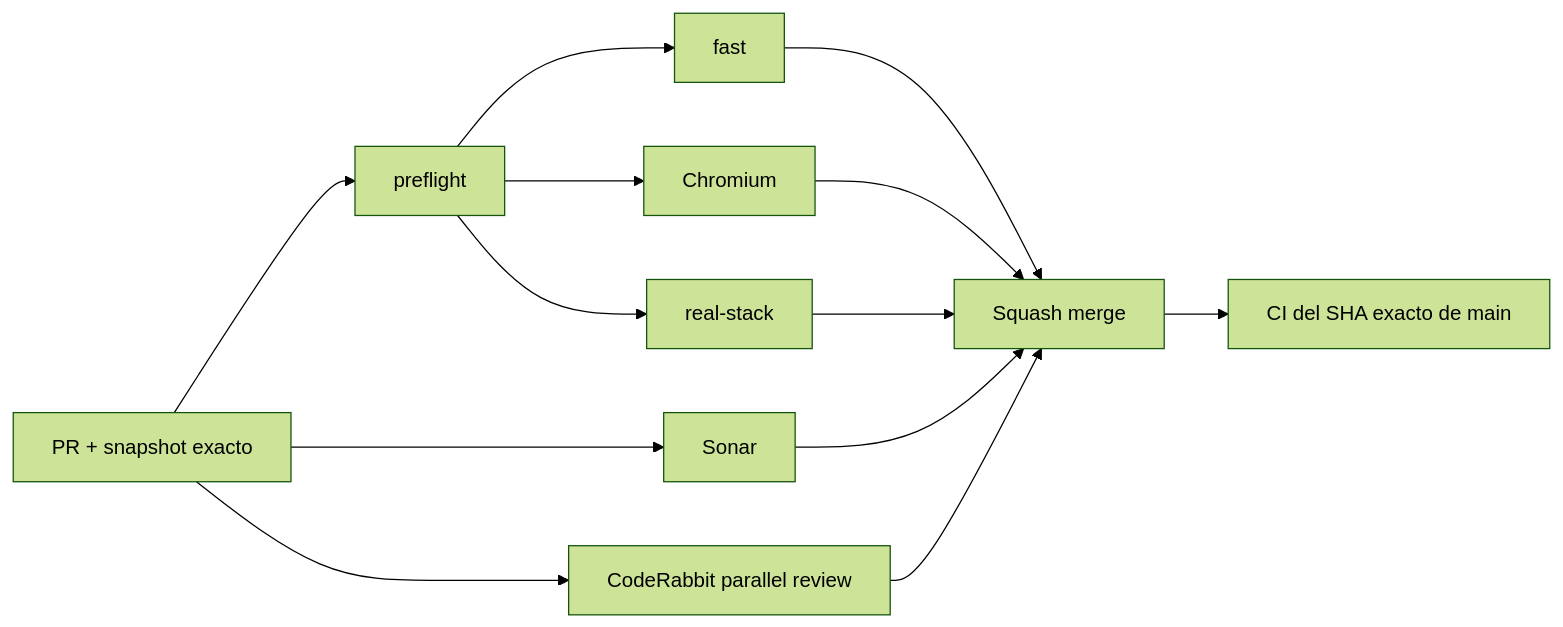
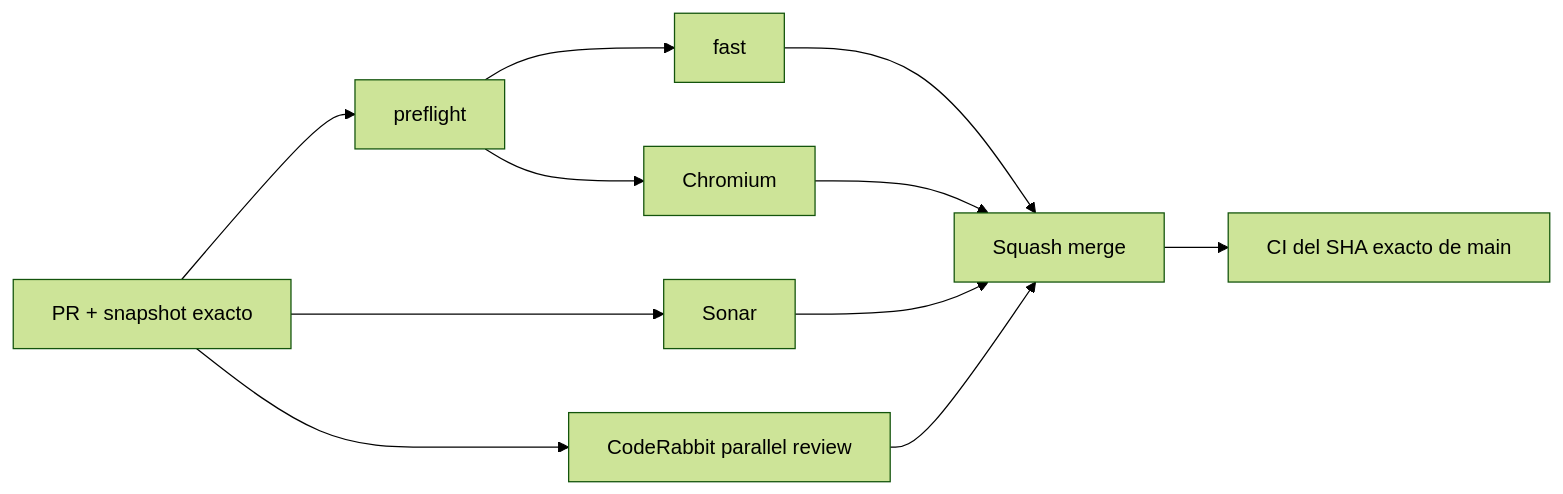
Before and after one commit to pl0n3r/brvtal: the diagram in README.md, drawn with Mermaid (forest theme). The commit also changed other lines of this file, not shown here.

````diff
--- a/README.md
+++ b/README.md
@@ -41,15 +41,13 @@
 ```mermaid
 flowchart LR
  A["PR + snapshot exacto"] --> P["preflight"]
  P --> F["fast"]
  P --> B["Chromium"]
- P --> R["real-stack"]
  A --> S["Sonar"]
  A --> C["CodeRabbit parallel review"]
  F --> M["Squash merge"]
  B --> M
- R --> M
  S --> M
  C --> M
  M --> X["CI del SHA exacto de main"]
 ```
````
